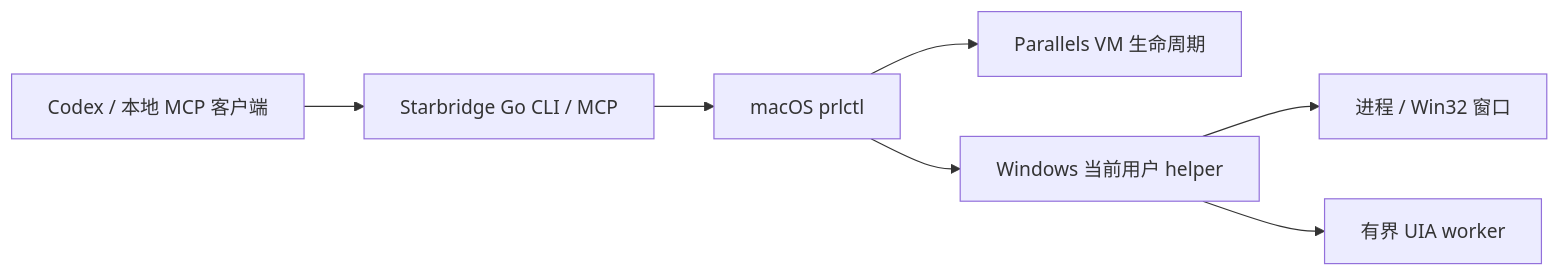
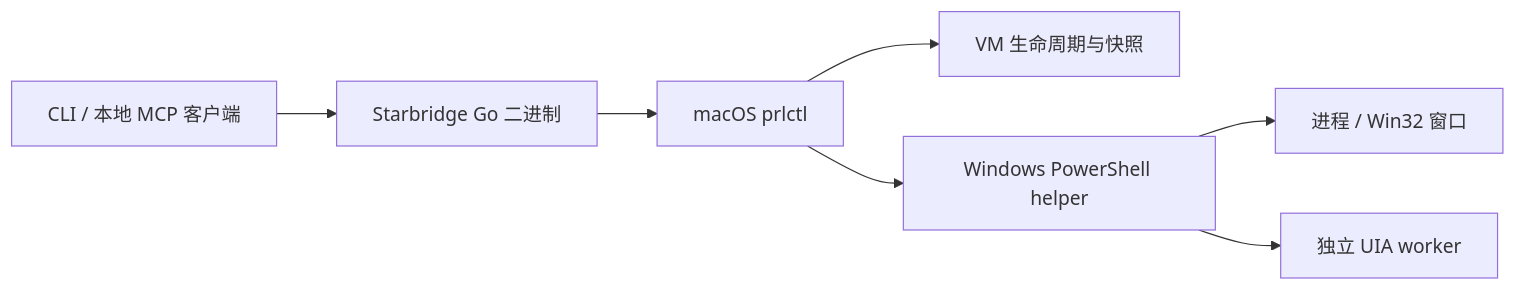
The diagram in docs/ARCHITECTURE.md (soulteary/starbridge), drawn with Mermaid before and after one commit. The commit also changed other lines of this file and 9 other files, not shown here.

````diff
--- a/docs/ARCHITECTURE.md
+++ b/docs/ARCHITECTURE.md
@@ -9,9 +7,9 @@
 ```mermaid
 flowchart LR
-    A[Codex / 本地 MCP 客户端] --> B[Starbridge Go CLI / MCP]
+    A[CLI / 本地 MCP 客户端] --> B[Starbridge Go 二进制]
     B --> C[macOS prlctl]
-    C --> D[Parallels VM 生命周期]
-    C --> E[Windows 当前用户 helper]
+    C --> D[VM 生命周期与快照]
+    C --> E[Windows PowerShell helper]
     E --> F[进程 / Win32 窗口]
-    E --> G[有界 UIA worker]
+    E --> G[独立 UIA worker]
 ```
````
